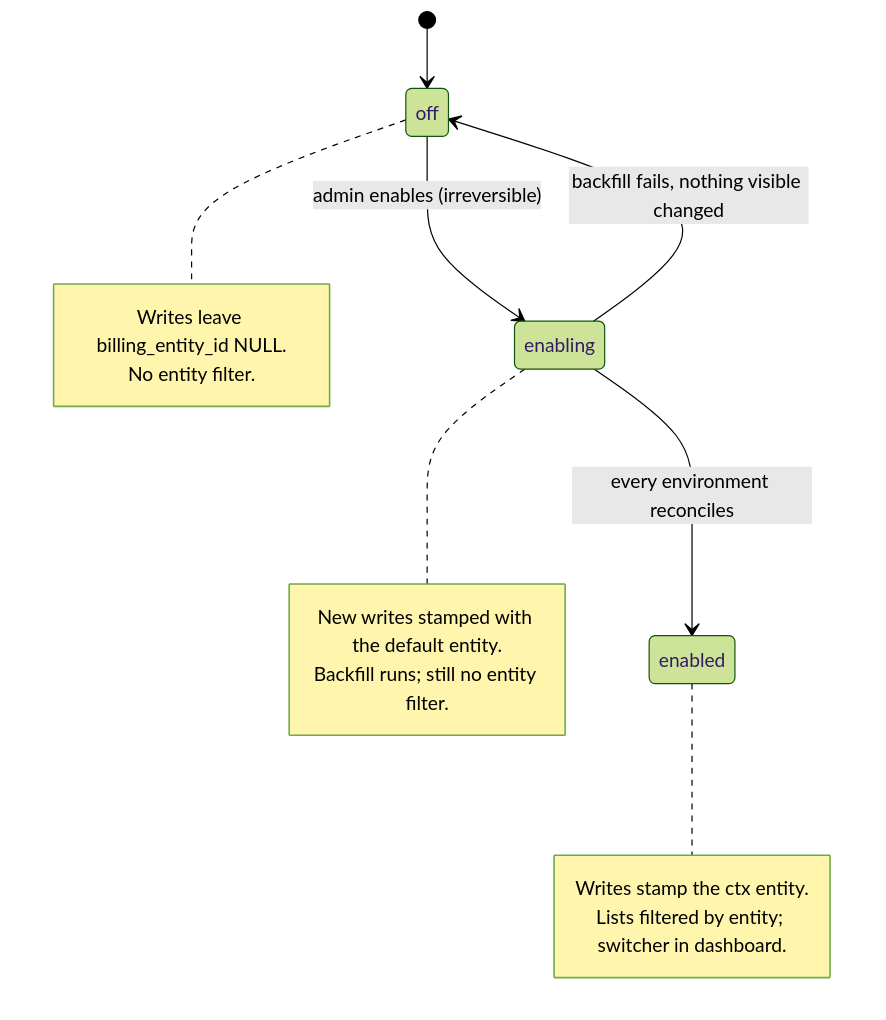
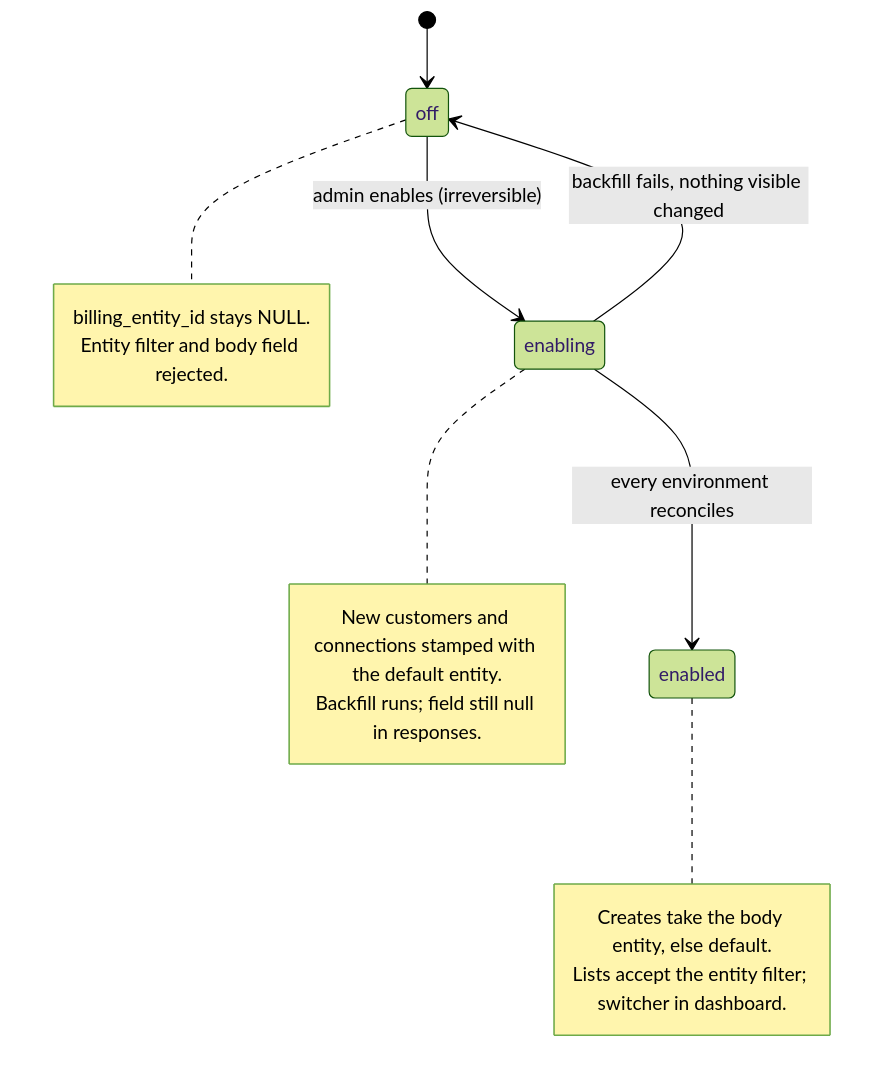
One commit to flexprice/flexprice changed the second of 6 diagrams in docs/design/2026-10-21-multi-entity-billing-erd.md. Above: the diagram before and after it, drawn with Mermaid (forest theme). The commit also changed other lines of this file, not shown here.

First line of the commit message:
docs(billing-entities): store entity on customers and connections only

````diff
--- a/docs/design/2026-10-21-multi-entity-billing-erd.md
+++ b/docs/design/2026-10-21-multi-entity-billing-erd.md
@@ -103,19 +104,19 @@
 ```mermaid
 stateDiagram-v2
   [*] --> off
   off --> enabling: admin enables (irreversible)
   enabling --> enabled: every environment reconciles
   enabling --> off: backfill fails, nothing visible changed
   note right of off
-    Writes leave billing_entity_id NULL.
-    No entity filter.
+    billing_entity_id stays NULL.
+    Entity filter and body field rejected.
   end note
   note right of enabling
-    New writes stamped with the default entity.
-    Backfill runs; still no entity filter.
+    New customers and connections stamped with the default entity.
+    Backfill runs; field still null in responses.
   end note
   note right of enabled
-    Writes stamp the ctx entity.
-    Lists filtered by entity; switcher in dashboard.
+    Creates take the body entity, else default.
+    Lists accept the entity filter; switcher in dashboard.
   end note
 ```
````
